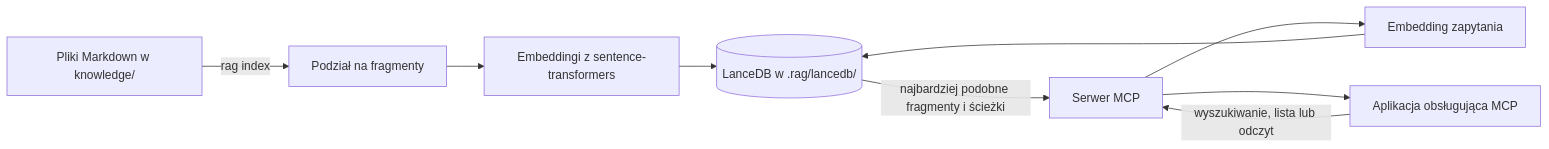
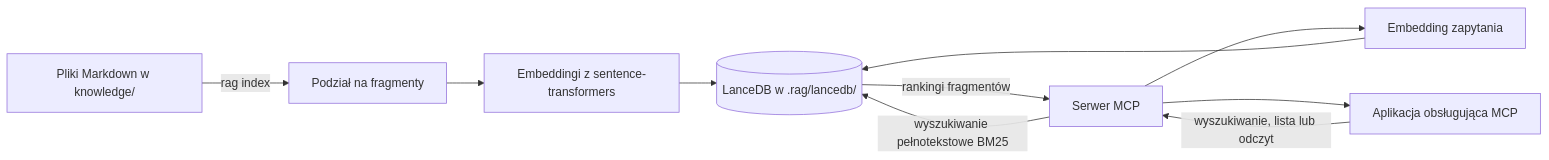
Before and after one commit to 01miru/simple-rag: the diagram in README.md, drawn with Mermaid. The commit also changed other lines of this file, not shown here.

````diff
--- a/README.md
+++ b/README.md
@@ -11,11 +11,12 @@
 ```mermaid
 flowchart LR
     A[Pliki Markdown w knowledge/] -->|rag index| B[Podział na fragmenty]
     B --> C[Embeddingi z sentence-transformers]
     C --> D[(LanceDB w .rag/lancedb/)]
     E[Aplikacja obsługująca MCP] -->|wyszukiwanie, lista lub odczyt| F[Serwer MCP]
     F --> G[Embedding zapytania]
     G --> D
-    D -->|najbardziej podobne fragmenty i ścieżki| F
+    F -->|wyszukiwanie pełnotekstowe BM25| D
+    D -->|rankingi fragmentów| F
     F --> E
 ```
````
